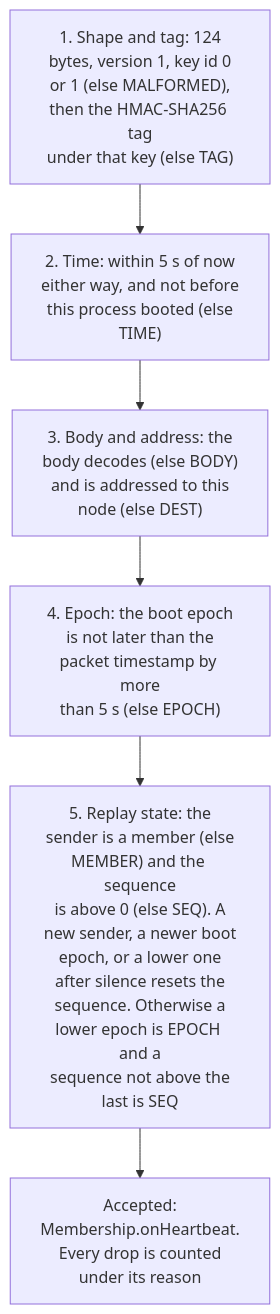
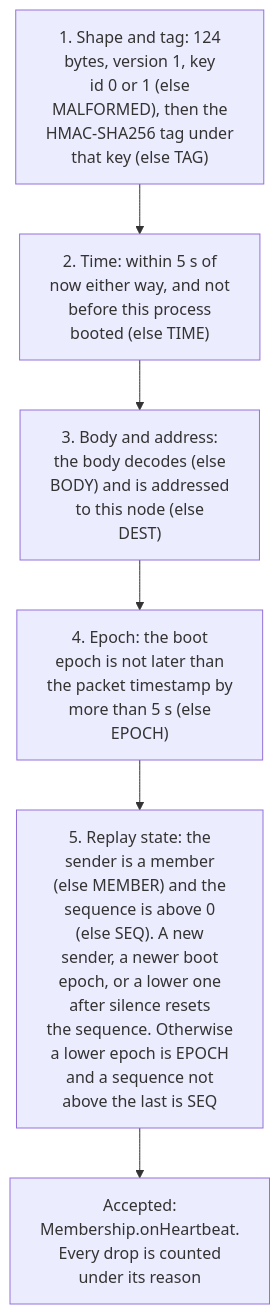
One commit to BlivionIaG/sjws_nettask changed the second of 2 diagrams in docs/design/high-availability.md. Above: the diagram before and after it, drawn with Mermaid. The commit also changed 8 other files, not shown here.

First line of the commit message:
docs: re-wrap long diagram labels so words do not orphan

````diff
--- a/docs/design/high-availability.md
+++ b/docs/design/high-availability.md
@@ -230,10 +230,10 @@
 ```mermaid
 flowchart TB
-    c1["1. Shape and tag: 124<br/>bytes, version 1, key id 0<br/>or 1 (else MALFORMED),<br/>then the HMAC-SHA256 tag<br/>under that key (else TAG)"]
-    c2["2. Time: within 5 s of now<br/>either way, and not before<br/>this process booted (else<br/>TIME)"]
-    c3["3. Body and address: the<br/>body decodes (else BODY)<br/>and is addressed to this<br/>node (else DEST)"]
-    c4["4. Epoch: the boot epoch<br/>is not later than the<br/>packet timestamp by more<br/>than 5 s (else EPOCH)"]
-    c5["5. Replay state: the<br/>sender is a member (else<br/>MEMBER) and the sequence<br/>is above 0 (else SEQ). A<br/>new sender, a newer boot<br/>epoch, or a lower one<br/>after silence resets the<br/>sequence. Otherwise a<br/>lower epoch is EPOCH and a<br/>sequence not above the<br/>last is SEQ"]
+    c1["1. Shape and tag: 124<br/>bytes, version 1, key<br/>id 0 or 1 (else<br/>MALFORMED), then the<br/>HMAC-SHA256 tag under<br/>that key (else TAG)"]
+    c2["2. Time: within 5 s of<br/>now either way, and not<br/>before this process<br/>booted (else TIME)"]
+    c3["3. Body and address:<br/>the body decodes (else<br/>BODY) and is addressed<br/>to this node (else<br/>DEST)"]
+    c4["4. Epoch: the boot<br/>epoch is not later than<br/>the packet timestamp by<br/>more than 5 s (else<br/>EPOCH)"]
+    c5["5. Replay state: the<br/>sender is a member<br/>(else MEMBER) and the<br/>sequence is above 0<br/>(else SEQ). A new<br/>sender, a newer boot<br/>epoch, or a lower one<br/>after silence resets<br/>the sequence. Otherwise<br/>a lower epoch is EPOCH<br/>and a sequence not<br/>above the last is SEQ"]
     ok["Accepted:<br/>Membership.onHeartbeat.<br/>Every drop is counted<br/>under its reason"]
     c1 --> c2 --> c3 --> c4 --> c5 --> ok
 ```
````
